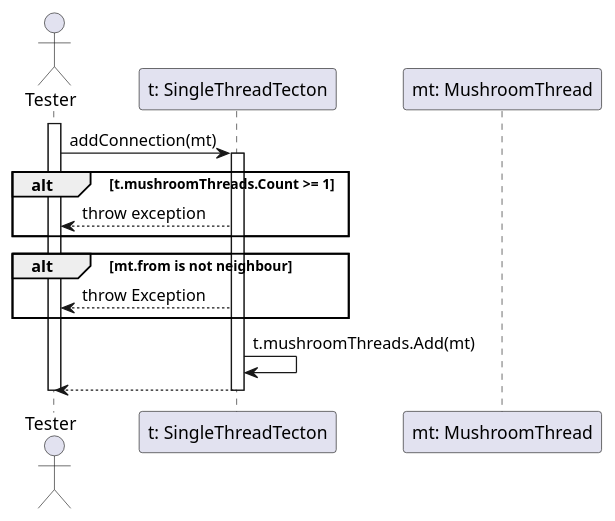
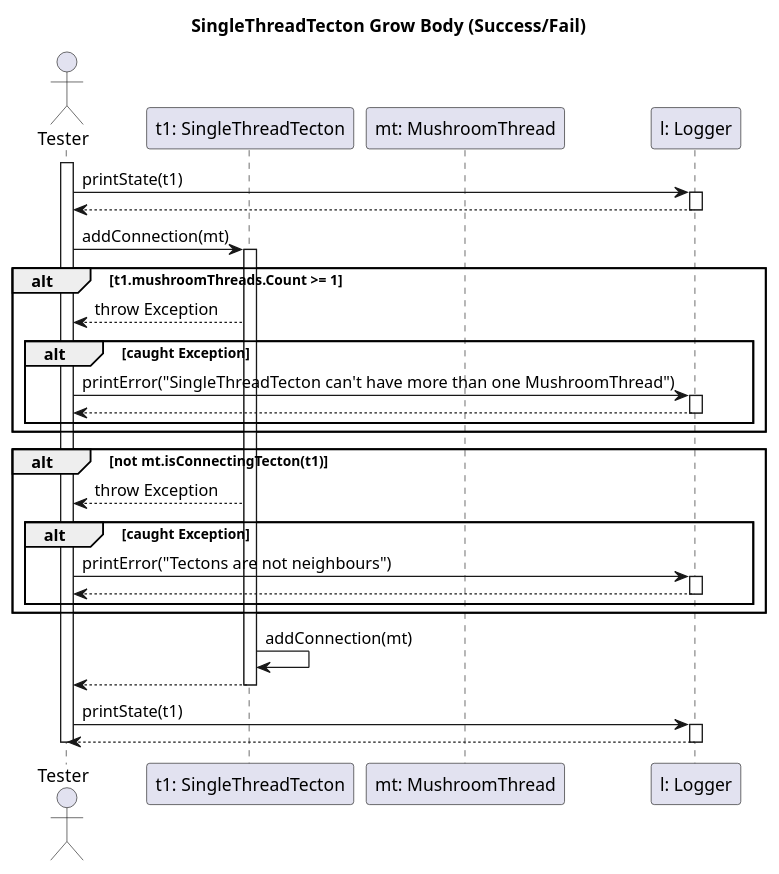
One commit to dzsem/projlab changed the diagram in diagrams/test-sequence/singleThreadTectonGrowThread.puml. Above: the diagram before and after it, drawn with PlantUML.

```diff
--- a/diagrams/test-sequence/singleThreadTectonGrowThread.puml
+++ b/diagrams/test-sequence/singleThreadTectonGrowThread.puml
@@ -1,26 +1,53 @@
 @startuml tectonGrowThreadTest
 
+title SingleThreadTecton Grow Body (Success/Fail)
+
 actor "Tester" as tst
-participant "t: SingleThreadTecton" as t
+participant "t1: SingleThreadTecton" as t1
 participant "mt: MushroomThread" as mt
+participant "l: Logger" as l
 
 activate tst
 
-tst -> t: addConnection(mt)
-activate t
+tst -> l: printState(t1)
+activate l
+tst <-- l
+deactivate l
 
-alt t.mushroomThreads.Count >= 1
-    tst <-- t: throw exception
+tst -> t1: addConnection(mt)
+activate t1
+
+alt t1.mushroomThreads.Count >= 1
+    tst <-- t1: throw Exception
+
+    alt caught Exception
+        tst -> l: printError("SingleThreadTecton can't have more than one MushroomThread")
+        activate l
+        tst <-- l
+        deactivate l    
+    end
 end
 
-alt mt.from is not neighbour 
-    tst <-- t: throw Exception
+alt not mt.isConnectingTecton(t1) 
+    tst <-- t1: throw Exception
+
+    alt caught Exception
+        tst -> l: printError("Tectons are not neighbours")
+        activate l
+        tst <-- l
+        deactivate l    
+    end
 end
 
-t -> t: t.mushroomThreads.Add(mt)
-tst <-- t
-deactivate t
+t1 -> t1: addConnection(mt)
+tst <-- t1
+deactivate t1
+
+tst -> l: printState(t1)
+activate l
+tst <-- l
+deactivate l
 
 deactivate tst
 
 @enduml
```
